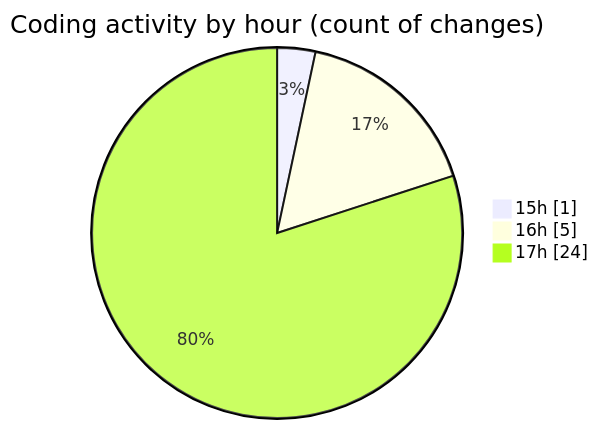
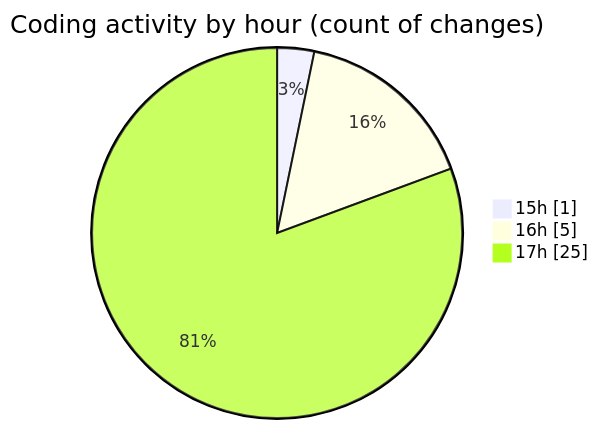
Before and after one commit to debugP/code-tracking: the second of 2 diagrams in 2026-07-24/untitled__workspace_/README.md, drawn with Mermaid. The commit also changed other lines of this file and 1 other file, not shown here.

````diff
--- a/2026-07-24/untitled__workspace_/README.md
+++ b/2026-07-24/untitled__workspace_/README.md
@@ -33,7 +33,7 @@
 ```mermaid
 pie showData
 title Coding activity by hour (count of changes)
 "15h" : 1
 "16h" : 5
-"17h" : 24
+"17h" : 25
 ```
````
